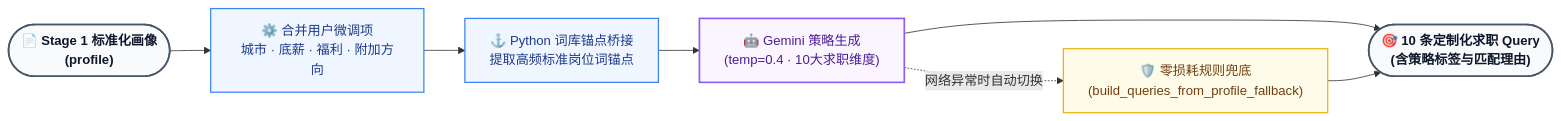
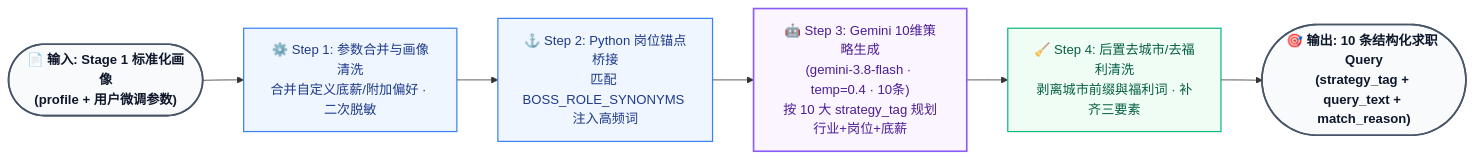
Before and after one commit to jason-haha-69135/boss-zhipin-crawler: the third of 6 diagrams in system_design.md, drawn with Mermaid. The commit also changed other lines of this file and 108 other files, not shown here.

Commit message:
feat: complete Stage 1-5 OpenSpec architecture, upgrades, Argon eval suite & full #eval dashboard

````diff
--- a/system_design.md
+++ b/system_design.md
@@ -209,22 +244,21 @@
 ```mermaid
 flowchart LR
-    P(["📄 Stage 1 标准化画像\n(profile)"])
-    Override["⚙️ 合并用户微调项\n城市 · 底薪 · 福利 · 附加方向"]
-    Anchor["⚓ Python 词库锚点桥接\n提取高频标准岗位词锚点"]
-    Gemini2["🤖 Gemini 策略生成\n(temp=0.4 · 10大求职维度)"]
-    FallbackQ["🛡️ 零损耗规则兜底\n(build_queries_from_profile_fallback)"]
-    Out(["🎯 10 条定制化求职 Query\n(含策略标签与匹配理由)"])
+    In(["📄 输入: Stage 1 标准化画像\n(profile + 用户微调参数)"])
+    Step1["⚙️ Step 1: 参数合并与画像清洗\n合并自定义底薪/附加偏好 · 二次脱敏"]
+    Step2["⚓ Step 2: Python 岗位锚点桥接\n匹配 BOSS_ROLE_SYNONYMS 注入高频词"]
+    Step3["🤖 Step 3: Gemini 10维策略生成\n(gemini-3.8-flash · temp=0.4 · 10条)\n按 10 大 strategy_tag 规划行业+岗位+底薪"]
+    Step4["🧹 Step 4: 后置去城市/去福利清洗\n剥离城市前缀與福利词 · 补齐三要素"]
+    Out(["🎯 输出: 10 条结构化求职 Query\n(strategy_tag + query_text + match_reason)"])
 
-    P --> Override --> Anchor --> Gemini2 --> Out
-    Gemini2 -.->|"网络异常时自动切换"| FallbackQ --> Out
+    In --> Step1 --> Step2 --> Step3 --> Step4 --> Out
 
     classDef ioNode fill:#f8fafc,stroke:#475569,stroke-width:2px,color:#0f172a,font-weight:bold
     classDef midNode fill:#eff6ff,stroke:#3b82f6,stroke-width:1.5px,color:#1e3a8a
     classDef aiNode fill:#faf5ff,stroke:#8b5cf6,stroke-width:2px,color:#4c1d95
-    classDef fbNode fill:#fefce8,stroke:#eab308,stroke-width:1.5px,color:#713f12
+    classDef cleanNode fill:#f0fdf4,stroke:#10b981,stroke-width:1.5px,color:#065f46
 
-    class P,Out ioNode
-    class Override,Anchor midNode
-    class Gemini2 aiNode
-    class FallbackQ fbNode
+    class In,Out ioNode
+    class Step1,Step2 midNode
+    class Step3 aiNode
+    class Step4 cleanNode
 ```
````
